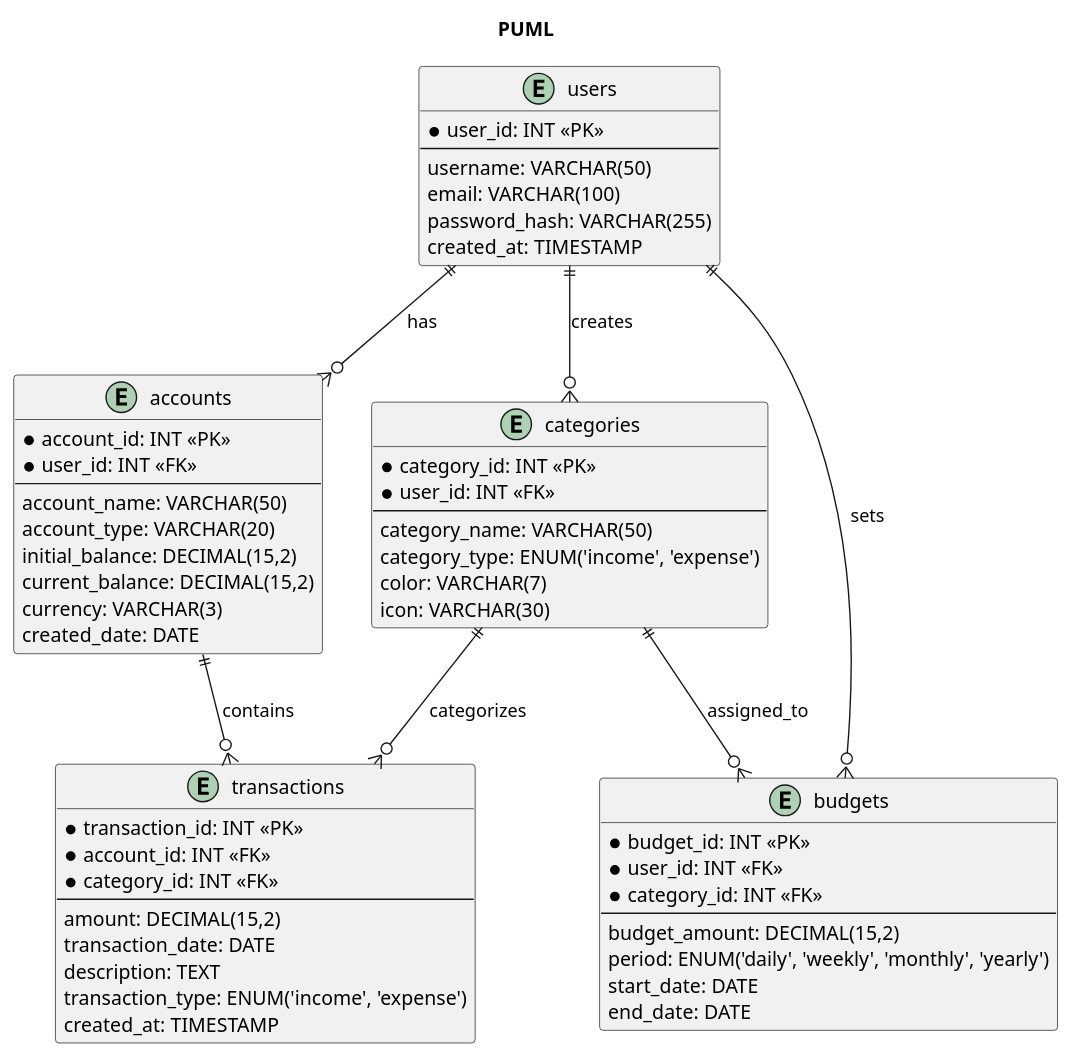
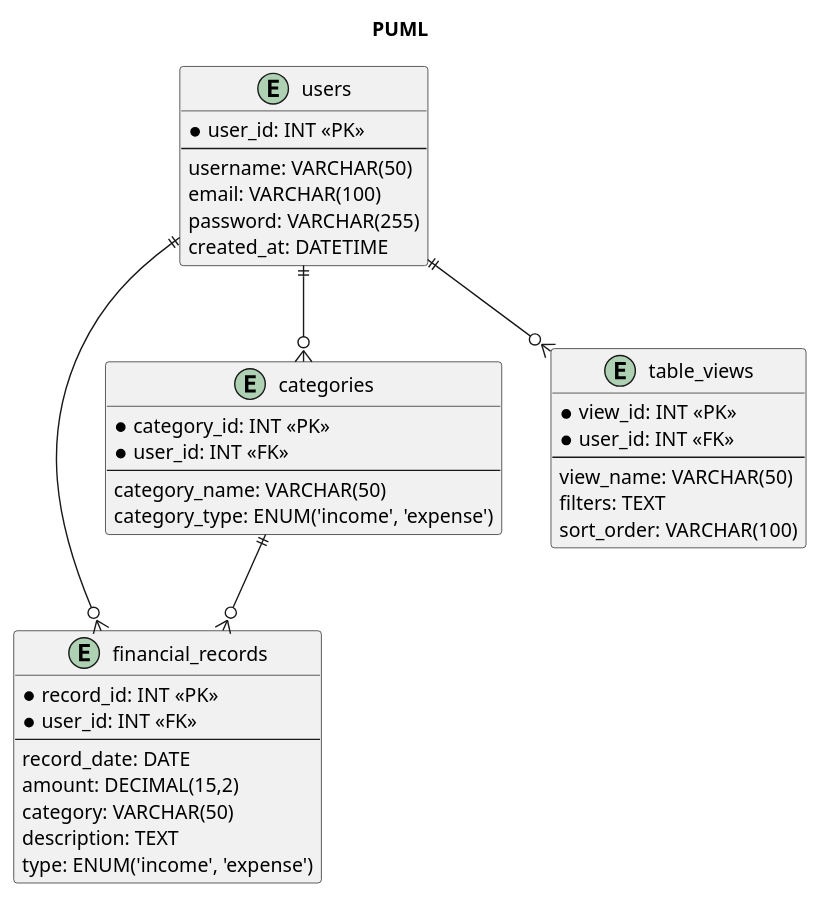
The diagram in мдк 04 02 проект 10/ErDiagramne.puml (lain1r/332-21-fofanov), drawn with PlantUML before and after one commit. The commit also changed 6 other files, not shown here.

```diff
--- a/мдк 04 02 проект 10/ErDiagramne.puml
+++ b/мдк 04 02 проект 10/ErDiagramne.puml
@@ -1,65 +1,45 @@
 @startuml
 title PUML
 
 entity users {
   * user_id: INT <<PK>>
   --
   username: VARCHAR(50)
   email: VARCHAR(100)
-  password_hash: VARCHAR(255)
-  created_at: TIMESTAMP
+  password: VARCHAR(255)
+  created_at: DATETIME
 }
 
-entity accounts {
-  * account_id: INT <<PK>>
+entity financial_records {
+  * record_id: INT <<PK>>
   * user_id: INT <<FK>>
   --
-  account_name: VARCHAR(50)
-  account_type: VARCHAR(20)
-  initial_balance: DECIMAL(15,2)
-  current_balance: DECIMAL(15,2)
-  currency: VARCHAR(3)
-  created_date: DATE
+  record_date: DATE
+  amount: DECIMAL(15,2)
+  category: VARCHAR(50)
+  description: TEXT
+  type: ENUM('income', 'expense')
 }
 
 entity categories {
   * category_id: INT <<PK>>
   * user_id: INT <<FK>>
   --
   category_name: VARCHAR(50)
   category_type: ENUM('income', 'expense')
-  color: VARCHAR(7)
-  icon: VARCHAR(30)
 }
 
-entity transactions {
-  * transaction_id: INT <<PK>>
-  * account_id: INT <<FK>>
-  * category_id: INT <<FK>>
+entity table_views {
+  * view_id: INT <<PK>>
+  * user_id: INT <<FK>>
   --
-  amount: DECIMAL(15,2)
-  transaction_date: DATE
-  description: TEXT
-  transaction_type: ENUM('income', 'expense')
-  created_at: TIMESTAMP
+  view_name: VARCHAR(50)
+  filters: TEXT
+  sort_order: VARCHAR(100)
 }
 
-entity budgets {
-  * budget_id: INT <<PK>>
-  * user_id: INT <<FK>>
-  * category_id: INT <<FK>>
-  --
-  budget_amount: DECIMAL(15,2)
-  period: ENUM('daily', 'weekly', 'monthly', 'yearly')
-  start_date: DATE
-  end_date: DATE
-}
-
-' Relationships
-users ||--o{ accounts : "has"
-users ||--o{ categories : "creates"
-users ||--o{ budgets : "sets"
-accounts ||--o{ transactions : "contains"
-categories ||--o{ transactions : "categorizes"
-categories ||--o{ budgets : "assigned_to"
+users ||--o{ financial_records
+users ||--o{ categories
+users ||--o{ table_views
+categories ||--o{ financial_records
 @enduml
```
